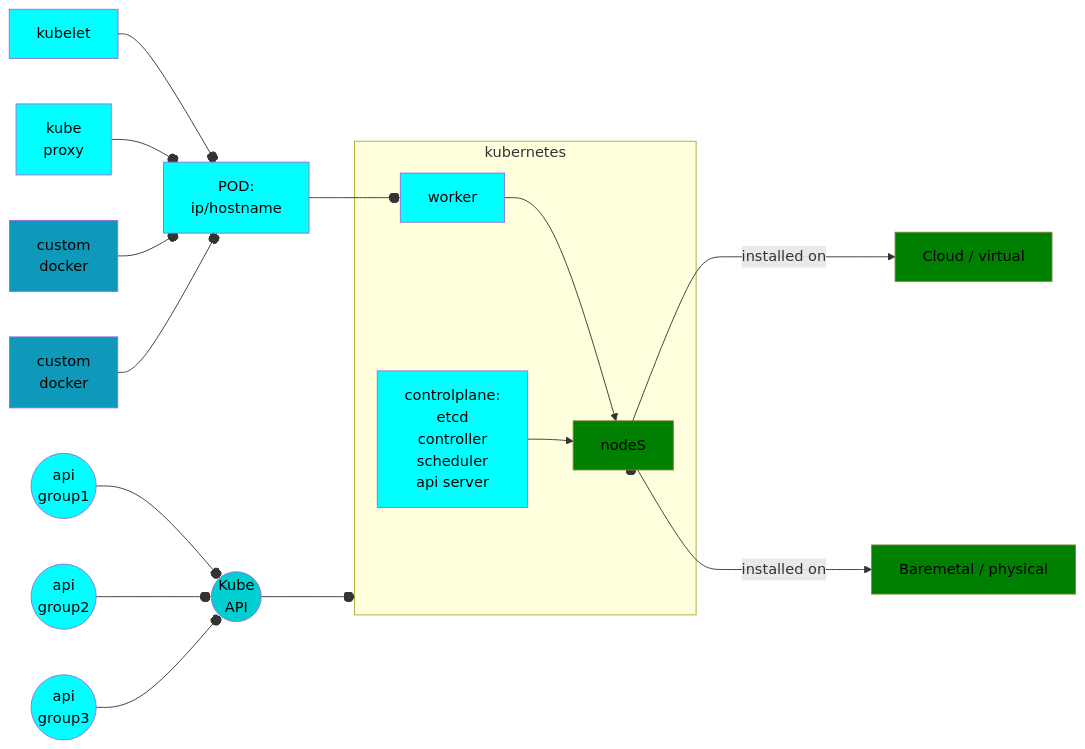
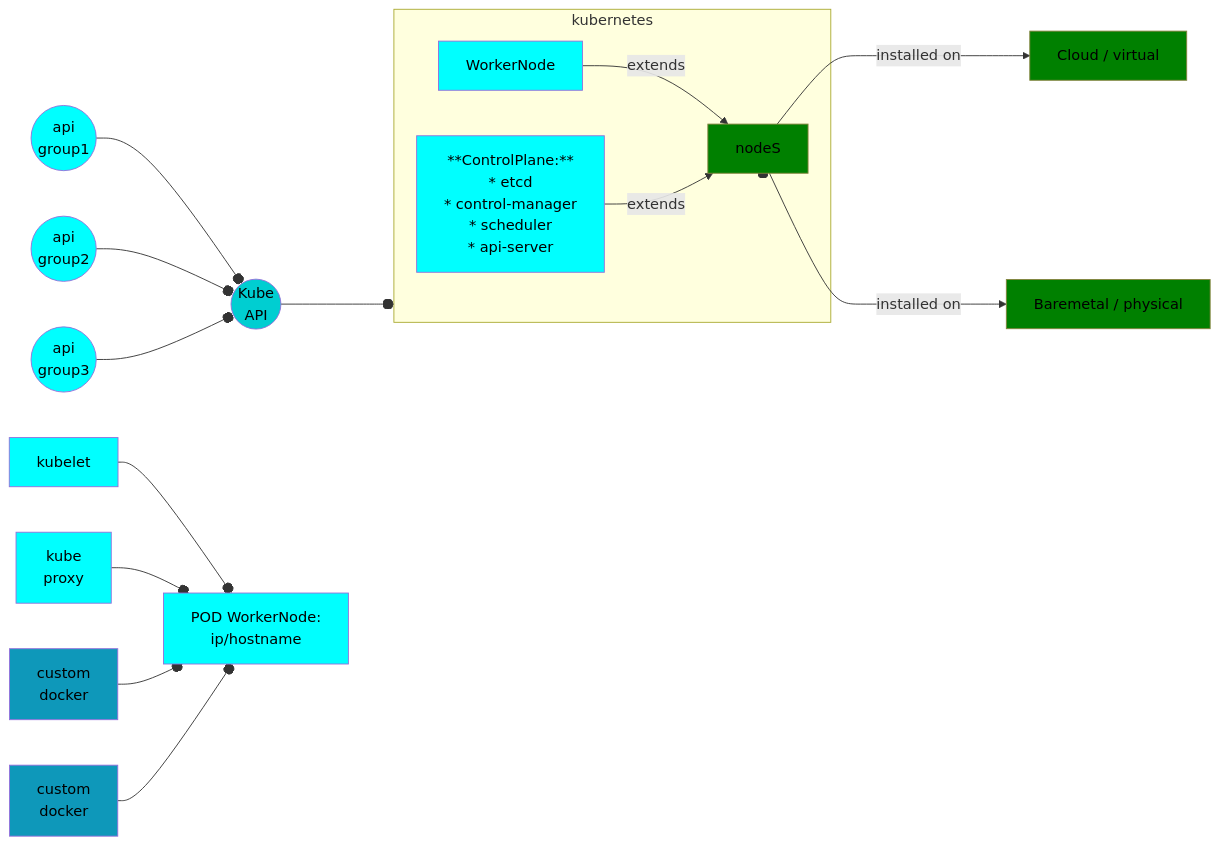
One commit to fr34k8/cheat-sheet changed the first of 3 diagrams in kubernetes-cheat-sheet.md. Above: the diagram before and after it, drawn with Mermaid. The commit also changed other lines of this file, not shown here.

````diff
--- a/kubernetes-cheat-sheet.md
+++ b/kubernetes-cheat-sheet.md
@@ -109,56 +109,56 @@
 ```mermaid
 flowchart LR
 
 group1(( api 
          group1 )) --o Interface
 group2(( api
          group2 )) --o Interface
 group3(( api
          group3 )) --o Interface
 
 
 subgraph k8s[kubernetes]
-    worker   --> node
-    controlplane[controlplane:
-                 etcd
-                 controller
-                 scheduler
-                 api server]   --> node
+    worker-node[WorkerNode]   --extends--> node
+    controlplane[**ControlPlane:**
+                 * etcd
+                 * control-manager
+                 * scheduler
+                 * api-server]   --extends--> node
 end
 
-POD[POD:
-    ip/hostname] --o worker
+POD[POD WorkerNode:
+    ip/hostname] 
 kubelet --o POD
 kubeproxy[kube 
           proxy] --o POD
 customdocker1[custom 
              docker] --o POD
 customdocker2[custom 
              docker] --o POD
 
 Interface(("Kube 
             API  " )) ---o k8s
                             
 k8s ----o node[nodeS]                               
 
 node -- "installed on" ---> cloud[Cloud / virtual]
 node -- "installed on" ---> baremetal[Baremetal / physical]
 
 style node fill:green,stroke:#82823c,color:black
 style cloud fill:green,stroke:#82823c,color:black
 style baremetal fill:green,stroke:#82823c,color:black
 
-style worker fill:cyan,color:black
+style worker-node fill:cyan,color:black
 style controlplane fill:cyan,color:black
 
 style group1 fill:cyan,color:black
 style group2 fill:cyan,color:black
 style group3 fill:cyan,color:black
 
 style Interface fill:#00CED1,color:black
 style POD fill:cyan,color:black
 style kubelet fill:cyan,color:black
 style kubeproxy fill:cyan,color:black
 style customdocker1 fill: #0e98ba, color:black
 style customdocker2 fill: #0e98ba, color:black
 ```
````
